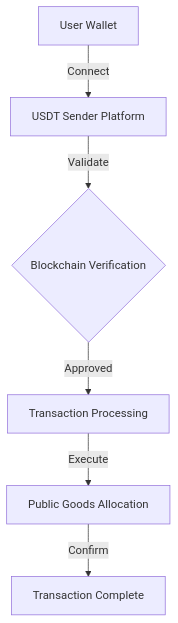
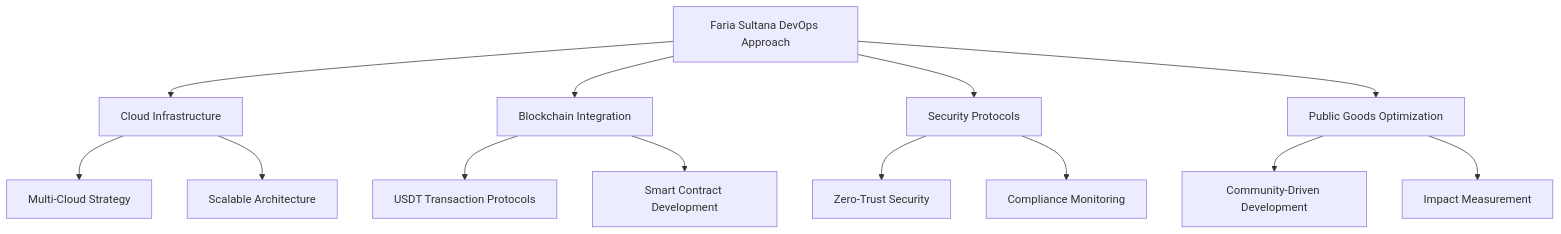
The diagram in README.md (FariaScripters/FariaScripters), drawn with Mermaid before and after one commit. The commit also changed other lines of this file, not shown here.

````diff
--- a/README.md
+++ b/README.md
@@ -41,8 +40,20 @@
 ```mermaid
 graph TD
-    A[User Wallet] -->|Connect| B[USDT Sender Platform]
-    B -->|Validate| C{Blockchain Verification}
-    C -->|Approved| D[Transaction Processing]
-    D -->|Execute| E[Public Goods Allocation]
-    E -->|Confirm| F[Transaction Complete]
+    A[Faria Sultana DevOps Approach]
+    A --> B[Cloud Infrastructure]
+    A --> C[Blockchain Integration]
+    A --> D[Security Protocols]
+    A --> E[Public Goods Optimization]
+
+    B --> B1[Multi-Cloud Strategy]
+    B --> B2[Scalable Architecture]
+    
+    C --> C1[USDT Transaction Protocols]
+    C --> C2[Smart Contract Development]
+    
+    D --> D1[Zero-Trust Security]
+    D --> D2[Compliance Monitoring]
+    
+    E --> E1[Community-Driven Development]
+    E --> E2[Impact Measurement]
 ```
````
